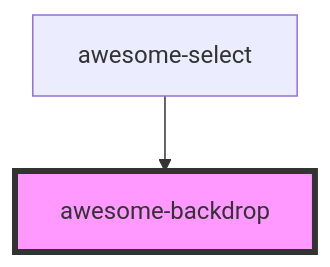
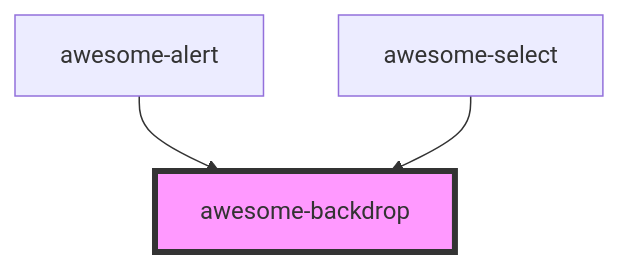
The diagram in src/components/awesome-backdrop/readme.md (awesome-elements/ui), drawn with Mermaid before and after one commit. The commit also changed other lines of this file and 1 other file, not shown here.

````diff
--- a/src/components/awesome-backdrop/readme.md
+++ b/src/components/awesome-backdrop/readme.md
@@ -15,5 +16,6 @@
 ```mermaid
 graph TD;
+  awesome-alert --> awesome-backdrop
   awesome-select --> awesome-backdrop
   style awesome-backdrop fill:#f9f,stroke:#333,stroke-width:4px
 ```
````
